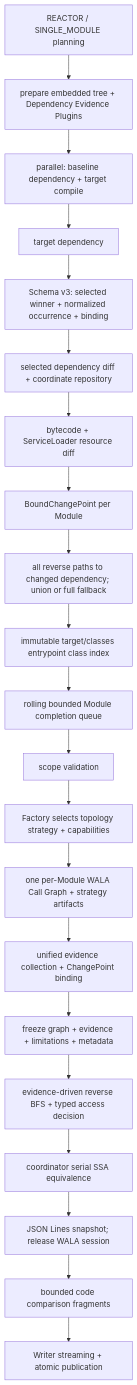
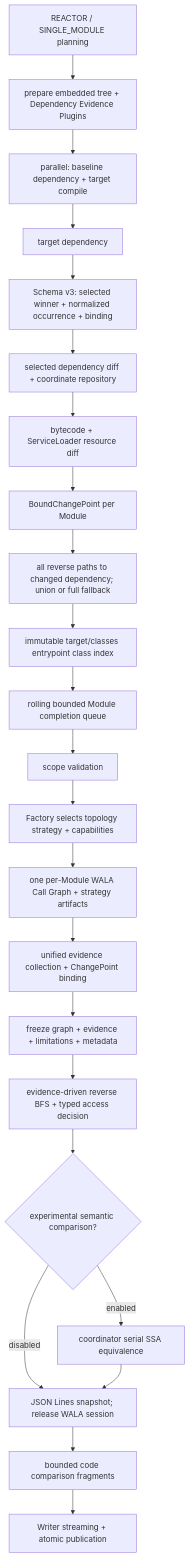
The diagram in wiki/architecture/dependency-analysis-pipelines.md (ymyii/change-impact-analyze), drawn with Mermaid before and after one commit. The commit also changed other lines of this file and 22 other files, not shown here.

Commit message:
feat(impact): make bytecode semantic comparison opt-in

````diff
--- a/wiki/architecture/dependency-analysis-pipelines.md
+++ b/wiki/architecture/dependency-analysis-pipelines.md
@@ -68,23 +68,25 @@
 ```mermaid
 flowchart TD
   Scope["REACTOR / SINGLE_MODULE planning"] --> Plugin["prepare embedded tree + Dependency Evidence Plugins"]
   Plugin --> Front
   Front["parallel: baseline dependency + target compile"] --> TargetDep["target dependency"]
   TargetDep --> Evidence["Schema v3: selected winner + normalized occurrence + binding"]
   Evidence --> DepDiff["selected dependency diff + coordinate repository"]
   DepDiff --> JarDiff["bytecode + ServiceLoader resource diff"]
   JarDiff --> Bind["BoundChangePoint per Module"]
   Bind --> PathPlan["all reverse paths to changed dependency; union or full fallback"]
   PathPlan --> EntrySelection["immutable target/classes entrypoint class index"]
   EntrySelection --> ModulePool["rolling bounded Module completion queue"]
   ModulePool --> ScopeValidation["scope validation"]
   ScopeValidation --> Strategy["Factory selects topology strategy + capabilities"]
   Strategy --> CFA["one per-Module WALA Call Graph + strategy artifacts"]
   CFA --> Collector["unified evidence collection + ChangePoint binding"]
   Collector --> Session["freeze graph + evidence + limitations + metadata"]
   Session --> Query["evidence-driven reverse BFS + typed access decision"]
-  Query --> SSA["coordinator serial SSA equivalence"]
-  SSA --> Spill["JSON Lines snapshot; release WALA session"]
+  Query --> Semantic{"experimental semantic comparison?"}
+  Semantic -->|enabled| SSA["coordinator serial SSA equivalence"]
+  Semantic -->|disabled| Spill["JSON Lines snapshot; release WALA session"]
+  SSA --> Spill
   Spill --> Decompile["bounded code comparison fragments"]
   Decompile --> Report["Writer streaming + atomic publication"]
 ```
````
